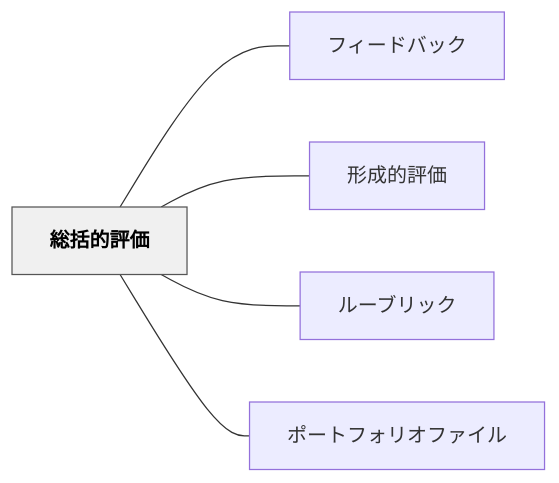
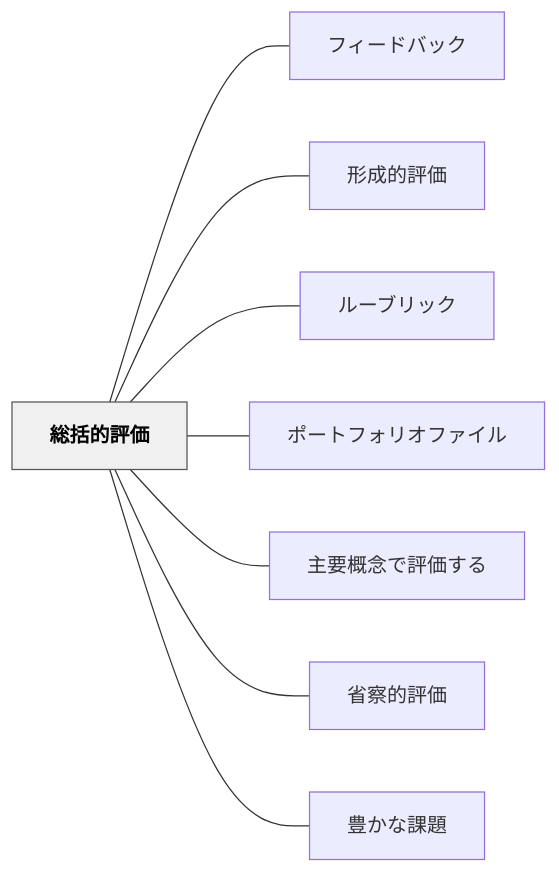
The diagram in content/パタン/総括的評価.md (unknownthings-ed-patterns/unknownthings-ed-patterns), drawn with Mermaid before and after one commit. The commit also changed other lines of this file and 71 other files, not shown here.

````diff
--- a/content/パタン/総括的評価.md
+++ b/content/パタン/総括的評価.md
@@ -52,16 +55,22 @@
 ```mermaid
 flowchart LR
     ne7b78fe68bace79a84e8a995e4bea1["総括的評価"]
     ne38395e382a3e383bce38389e38390e38383e382af["フィードバック"]
     ne5bda2e68890e79a84e8a995e4bea1["形成的評価"]
     ne383abe383bce38396e383aae38383e382af["ルーブリック"]
     ne3839de383bce38388e38395e382a9e383aae382aae38395e382a1e382a4e383ab["ポートフォリオファイル"]
+    ne4b8bbe8a681e6a682e5bfb5e381a7e8a995e4bea1e38199e3828b["主要概念で評価する"]
+    ne79c81e5af9fe79a84e8a995e4bea1["省察的評価"]
+    ne8b18ae3818be381aae8aab2e9a18c["豊かな課題"]
 
     ne7b78fe68bace79a84e8a995e4bea1 --- ne38395e382a3e383bce38389e38390e38383e382af
     ne7b78fe68bace79a84e8a995e4bea1 --- ne5bda2e68890e79a84e8a995e4bea1
     ne7b78fe68bace79a84e8a995e4bea1 --- ne383abe383bce38396e383aae38383e382af
     ne7b78fe68bace79a84e8a995e4bea1 --- ne3839de383bce38388e38395e382a9e383aae382aae38395e382a1e382a4e383ab
+    ne7b78fe68bace79a84e8a995e4bea1 --- ne4b8bbe8a681e6a682e5bfb5e381a7e8a995e4bea1e38199e3828b
+    ne7b78fe68bace79a84e8a995e4bea1 --- ne79c81e5af9fe79a84e8a995e4bea1
+    ne7b78fe68bace79a84e8a995e4bea1 --- ne8b18ae3818be381aae8aab2e9a18c
 
     classDef hub fill:#f0f0f0,stroke:#555,color:#000,font-weight:bold
     class ne7b78fe68bace79a84e8a995e4bea1 hub
 ```
````
